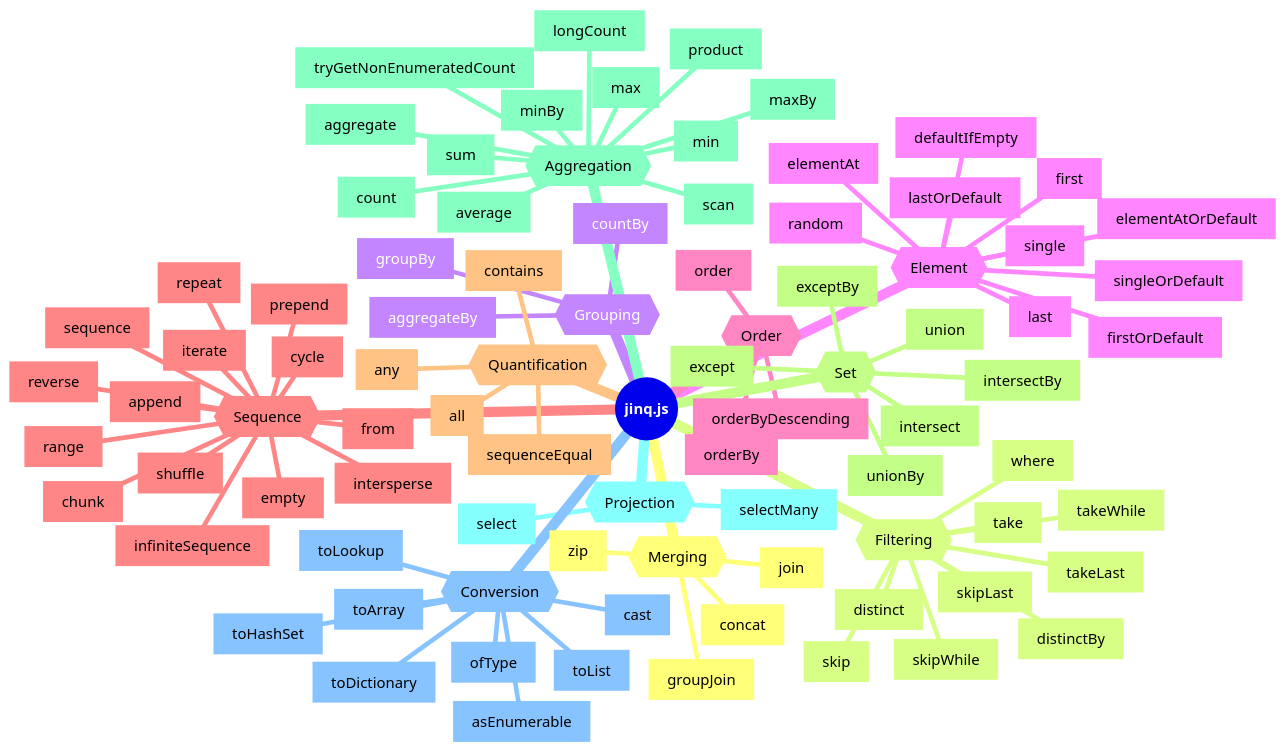
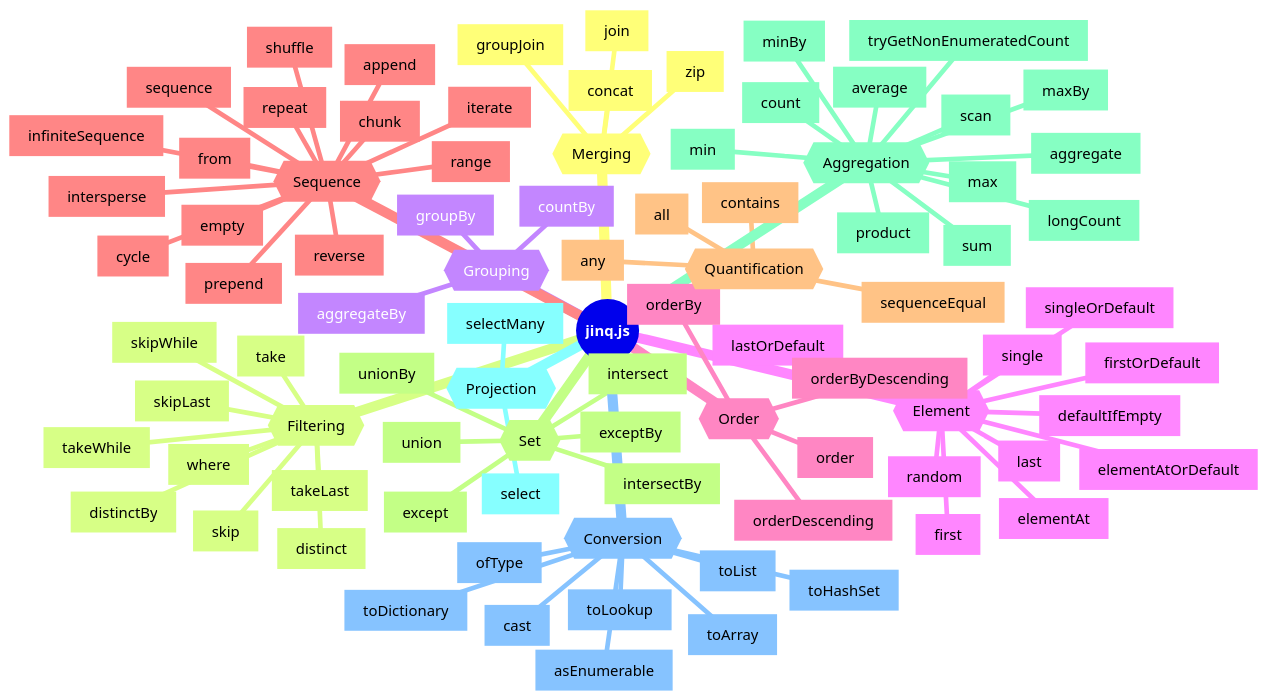
One commit to A1rPun/jinq.js changed the diagram in README.md. Above: the diagram before and after it, drawn with Mermaid. The commit also changed other lines of this file and 6 other files, not shown here.

Commit message:
:sparkles: Add orderDescending

```diff
--- a/README.md
+++ b/README.md
@@ -290,6 +292,7 @@
       [singleOrDefault]
     {{Order}}
       [order]
+      [orderDescending]
       [orderBy]
       [orderByDescending]
     {{Sequence}}
```
